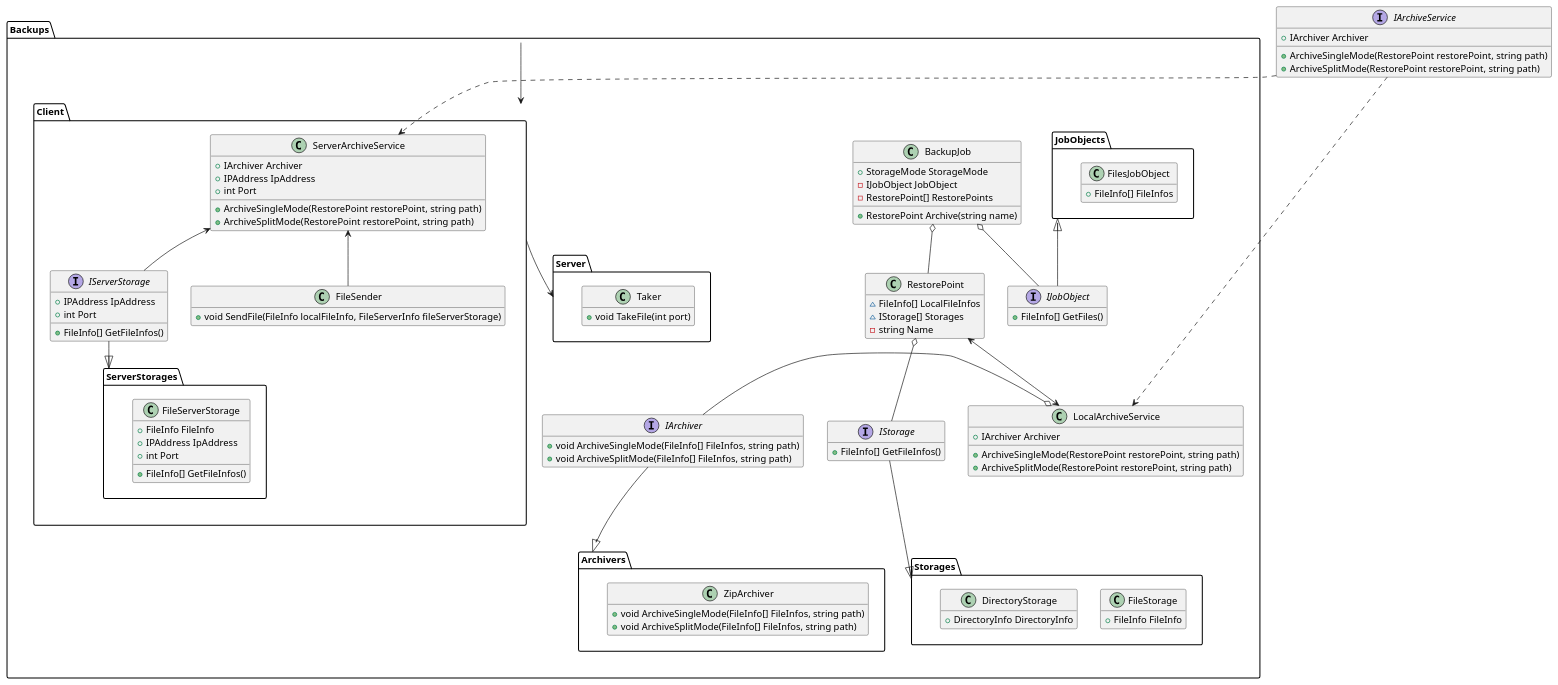
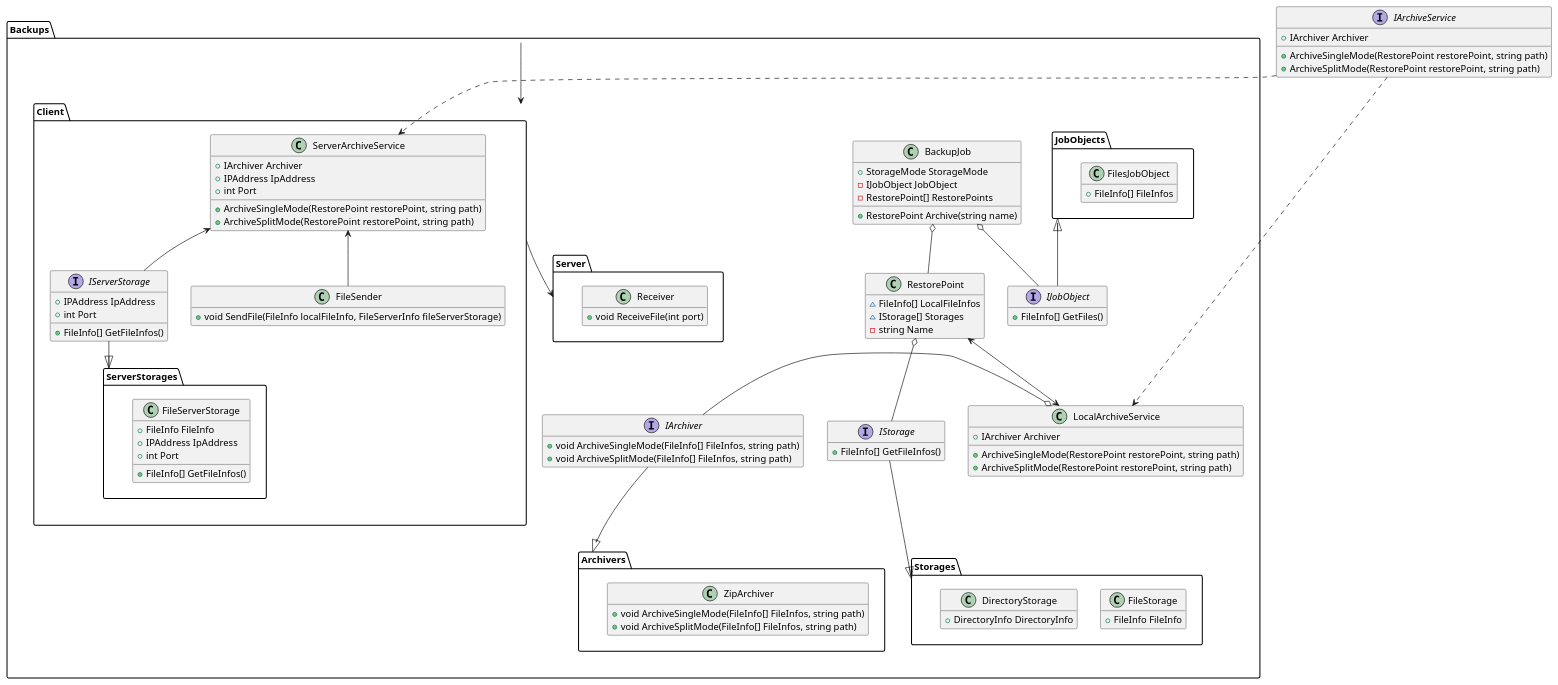
One commit to Ar4eR-ValerA/OOP.IIIsem changed the diagram in Docs/Classes.puml. Above: the diagram before and after it, drawn with PlantUML. The commit also changed 2 other files, not shown here.

Commit message:
style: replaces take by receive

```diff
--- a/Docs/Classes.puml
+++ b/Docs/Classes.puml
@@ -1,127 +1,127 @@
 @startuml
 
 hide empty members
 
 package Backups {
     class BackupJob {
         + StorageMode StorageMode
         - IJobObject JobObject
         - RestorePoint[] RestorePoints
         
         + RestorePoint Archive(string name)
     }
     
     interface IJobObject {
         + FileInfo[] GetFiles()
     }
     
     package JobObjects {
         class FilesJobObject {
             + FileInfo[] FileInfos
         }
     }
     
     class RestorePoint {
         ~ FileInfo[] LocalFileInfos
         ~ IStorage[] Storages
         - string Name
     }
     
     interface IStorage {
         + FileInfo[] GetFileInfos()
     }
     
     package Archivers {
         class ZipArchiver {
             + void ArchiveSingleMode(FileInfo[] FileInfos, string path)
             + void ArchiveSplitMode(FileInfo[] FileInfos, string path)
         }
     }
     
     interface IArchiver {
         + void ArchiveSingleMode(FileInfo[] FileInfos, string path)
         + void ArchiveSplitMode(FileInfo[] FileInfos, string path)
     }
     
     class LocalArchiveService {
         + IArchiver Archiver
         
         + ArchiveSingleMode(RestorePoint restorePoint, string path)
         + ArchiveSplitMode(RestorePoint restorePoint, string path)
     }
     
     package Storages {
         class FileStorage {
             + FileInfo FileInfo
         }
         
         class DirectoryStorage {
             + DirectoryInfo DirectoryInfo
         }
     }
 }
 
 package Backups.Client {
     class ServerArchiveService {
         + IArchiver Archiver
         + IPAddress IpAddress
         + int Port
                 
         + ArchiveSingleMode(RestorePoint restorePoint, string path)
         + ArchiveSplitMode(RestorePoint restorePoint, string path)
     }
     
     package ServerStorages {
         class FileServerStorage {
             + FileInfo FileInfo
             + IPAddress IpAddress
             + int Port
             
             + FileInfo[] GetFileInfos()
         }
     }
     
     interface IServerStorage {
         + FileInfo[] GetFileInfos()
         + IPAddress IpAddress
         + int Port
     }
     
     class FileSender {
         + void SendFile(FileInfo localFileInfo, FileServerInfo fileServerStorage)
     }
 }
 
 package Backups.Server {
-    class Taker {
-        + void TakeFile(int port)
+    class Receiver {
+        + void ReceiveFile(int port)
     }
 }
 
 interface IArchiveService {
     + IArchiver Archiver
     
     + ArchiveSingleMode(RestorePoint restorePoint, string path)
     + ArchiveSplitMode(RestorePoint restorePoint, string path)
 }
 
 BackupJob o-- RestorePoint
 RestorePoint o-- IStorage
 BackupJob o-- IJobObject
 RestorePoint <--> LocalArchiveService
 JobObjects <|-- IJobObject
 IStorage --|> Storages
 IArchiver -o LocalArchiveService
 IArchiver --|> Archivers
 Backups --> Backups.Client
 Backups.Client --> Backups.Server
 
 ServerArchiveService <-- IServerStorage
 ServerArchiveService <-- FileSender
 IServerStorage --|> ServerStorages
 
 IArchiveService ..> LocalArchiveService
 IArchiveService ..> ServerArchiveService
 
 
 @enduml
```
